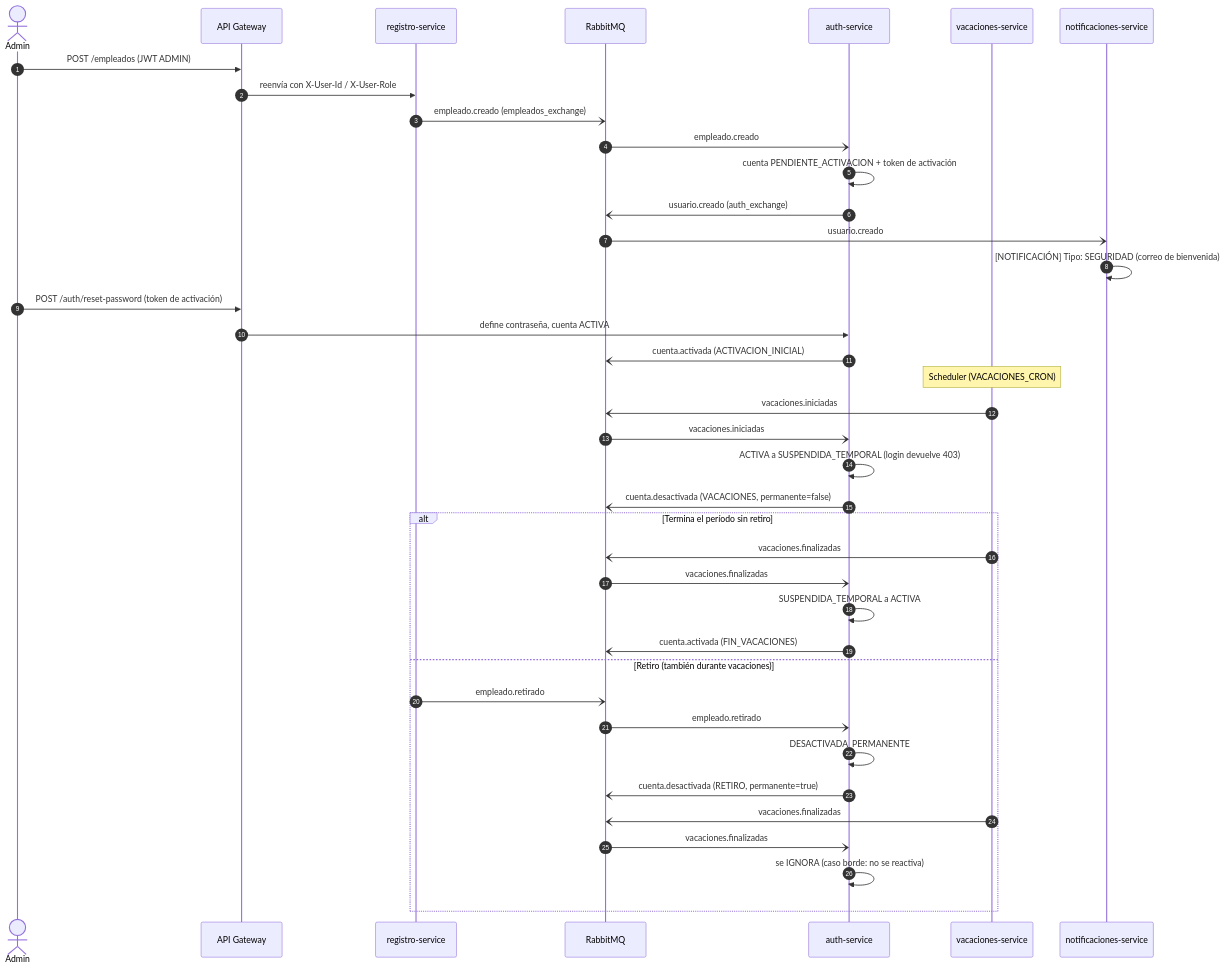
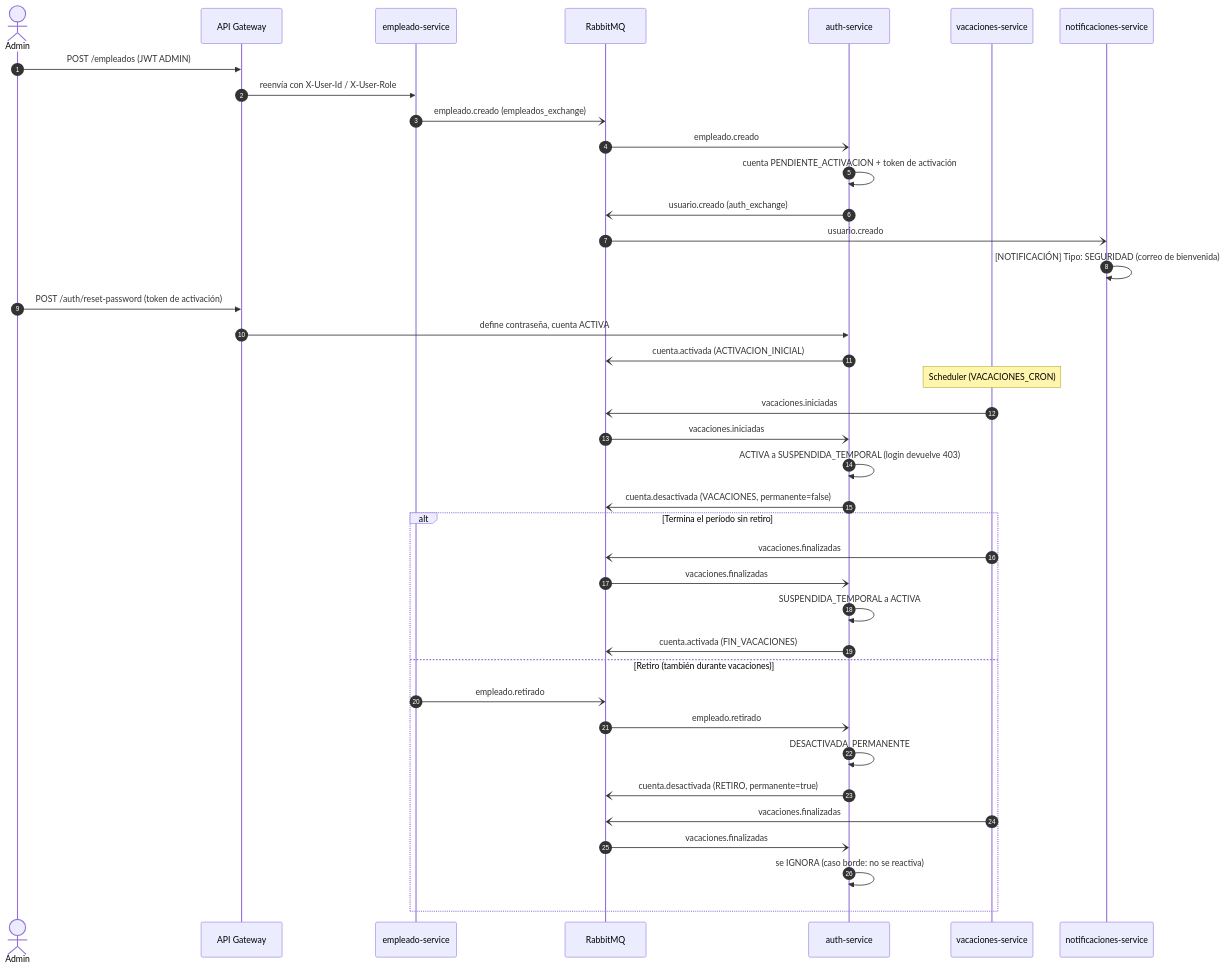
Before and after one commit to FelipePedraza/proyecto-final-microservicios: the diagram in docs/evidencias/reto5/README.md, drawn with Mermaid. The commit also changed 133 other files, not shown here.

Commit message:
Agent Host changes for agents/pruebas-unitarias-registro-service-dotnet

````diff
--- a/docs/evidencias/reto5/README.md
+++ b/docs/evidencias/reto5/README.md
@@ -67,44 +67,44 @@
 ```mermaid
 sequenceDiagram
     autonumber
     actor Admin
     participant GW as API Gateway
-    participant REG as registro-service
+    participant REG as empleado-service
     participant MQ as RabbitMQ
     participant AUTH as auth-service
     participant VAC as vacaciones-service
     participant NOT as notificaciones-service
 
     Admin->>GW: POST /empleados (JWT ADMIN)
     GW->>REG: reenvía con X-User-Id / X-User-Role
     REG-)MQ: empleado.creado (empleados_exchange)
     MQ-)AUTH: empleado.creado
     AUTH->>AUTH: cuenta PENDIENTE_ACTIVACION + token de activación
     AUTH-)MQ: usuario.creado (auth_exchange)
     MQ-)NOT: usuario.creado
     NOT->>NOT: [NOTIFICACIÓN] Tipo: SEGURIDAD (correo de bienvenida)
     Admin->>GW: POST /auth/reset-password (token de activación)
     GW->>AUTH: define contraseña, cuenta ACTIVA
     AUTH-)MQ: cuenta.activada (ACTIVACION_INICIAL)
 
     Note over VAC: Scheduler (VACACIONES_CRON)
     VAC-)MQ: vacaciones.iniciadas
     MQ-)AUTH: vacaciones.iniciadas
     AUTH->>AUTH: ACTIVA a SUSPENDIDA_TEMPORAL (login devuelve 403)
     AUTH-)MQ: cuenta.desactivada (VACACIONES, permanente=false)
 
     alt Termina el período sin retiro
         VAC-)MQ: vacaciones.finalizadas
         MQ-)AUTH: vacaciones.finalizadas
         AUTH->>AUTH: SUSPENDIDA_TEMPORAL a ACTIVA
         AUTH-)MQ: cuenta.activada (FIN_VACACIONES)
     else Retiro (también durante vacaciones)
         REG-)MQ: empleado.retirado
         MQ-)AUTH: empleado.retirado
         AUTH->>AUTH: DESACTIVADA_PERMANENTE
         AUTH-)MQ: cuenta.desactivada (RETIRO, permanente=true)
         VAC-)MQ: vacaciones.finalizadas
         MQ-)AUTH: vacaciones.finalizadas
         AUTH->>AUTH: se IGNORA (caso borde: no se reactiva)
     end
 ```
````
